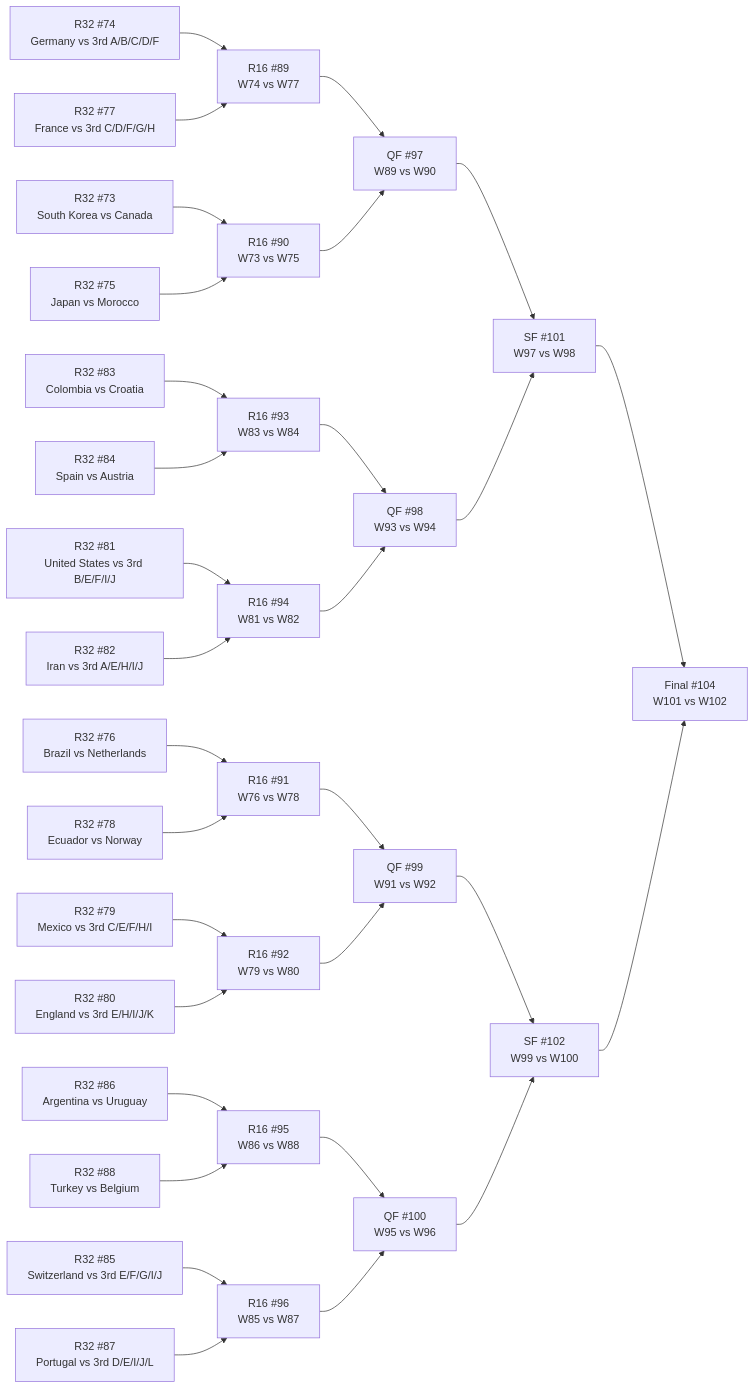
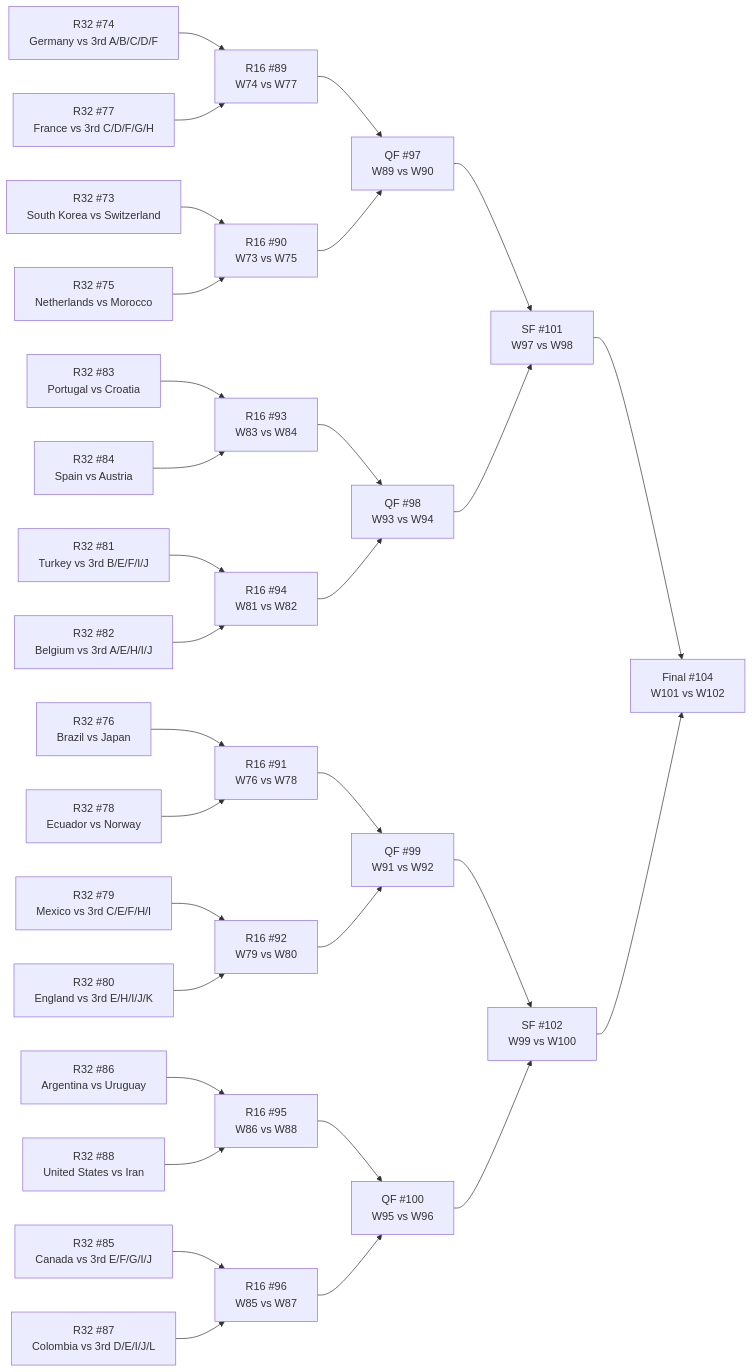
Before and after one commit to Tutai-Tran/WC-2026-predictor: the diagram in WC vault/_bracket.md, drawn with Mermaid. The commit also changed 228 other files, not shown here.

````diff
--- a/WC vault/_bracket.md
+++ b/WC vault/_bracket.md
@@ -11,64 +11,64 @@
 ```mermaid
 flowchart LR
-  M73["R32 #73<br>South Korea vs Canada"]
+  M73["R32 #73<br>South Korea vs Switzerland"]
   M74["R32 #74<br>Germany vs 3rd A/B/C/D/F"]
-  M75["R32 #75<br>Japan vs Morocco"]
-  M76["R32 #76<br>Brazil vs Netherlands"]
+  M75["R32 #75<br>Netherlands vs Morocco"]
+  M76["R32 #76<br>Brazil vs Japan"]
   M77["R32 #77<br>France vs 3rd C/D/F/G/H"]
   M78["R32 #78<br>Ecuador vs Norway"]
   M79["R32 #79<br>Mexico vs 3rd C/E/F/H/I"]
   M80["R32 #80<br>England vs 3rd E/H/I/J/K"]
-  M81["R32 #81<br>United States vs 3rd B/E/F/I/J"]
-  M82["R32 #82<br>Iran vs 3rd A/E/H/I/J"]
-  M83["R32 #83<br>Colombia vs Croatia"]
+  M81["R32 #81<br>Turkey vs 3rd B/E/F/I/J"]
+  M82["R32 #82<br>Belgium vs 3rd A/E/H/I/J"]
+  M83["R32 #83<br>Portugal vs Croatia"]
   M84["R32 #84<br>Spain vs Austria"]
-  M85["R32 #85<br>Switzerland vs 3rd E/F/G/I/J"]
+  M85["R32 #85<br>Canada vs 3rd E/F/G/I/J"]
   M86["R32 #86<br>Argentina vs Uruguay"]
-  M87["R32 #87<br>Portugal vs 3rd D/E/I/J/L"]
-  M88["R32 #88<br>Turkey vs Belgium"]
+  M87["R32 #87<br>Colombia vs 3rd D/E/I/J/L"]
+  M88["R32 #88<br>United States vs Iran"]
   M89["R16 #89<br>W74 vs W77"]
   M90["R16 #90<br>W73 vs W75"]
   M91["R16 #91<br>W76 vs W78"]
   M92["R16 #92<br>W79 vs W80"]
   M93["R16 #93<br>W83 vs W84"]
   M94["R16 #94<br>W81 vs W82"]
   M95["R16 #95<br>W86 vs W88"]
   M96["R16 #96<br>W85 vs W87"]
   M97["QF #97<br>W89 vs W90"]
   M98["QF #98<br>W93 vs W94"]
   M99["QF #99<br>W91 vs W92"]
   M100["QF #100<br>W95 vs W96"]
   M101["SF #101<br>W97 vs W98"]
   M102["SF #102<br>W99 vs W100"]
   M104["Final #104<br>W101 vs W102"]
   M74 --> M89
   M77 --> M89
   M73 --> M90
   M75 --> M90
   M76 --> M91
   M78 --> M91
   M79 --> M92
   M80 --> M92
   M83 --> M93
   M84 --> M93
   M81 --> M94
   M82 --> M94
   M86 --> M95
   M88 --> M95
   M85 --> M96
   M87 --> M96
   M89 --> M97
   M90 --> M97
   M93 --> M98
   M94 --> M98
   M91 --> M99
   M92 --> M99
   M95 --> M100
   M96 --> M100
   M97 --> M101
   M98 --> M101
   M99 --> M102
   M100 --> M102
   M101 --> M104
   M102 --> M104
 ```
````
